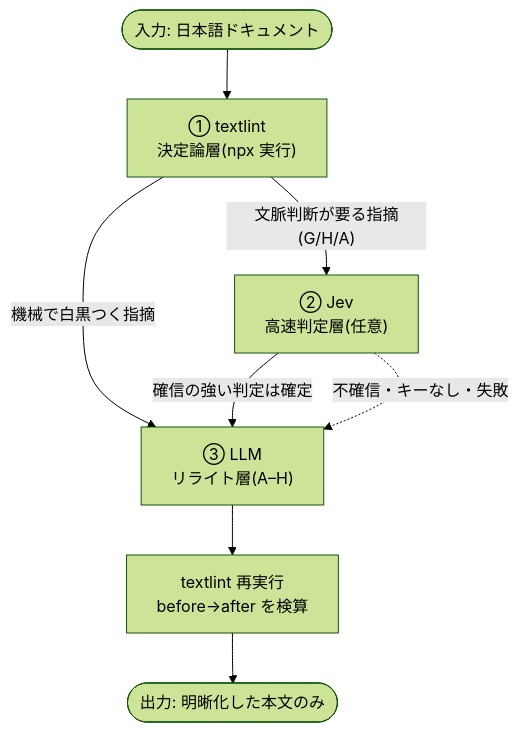
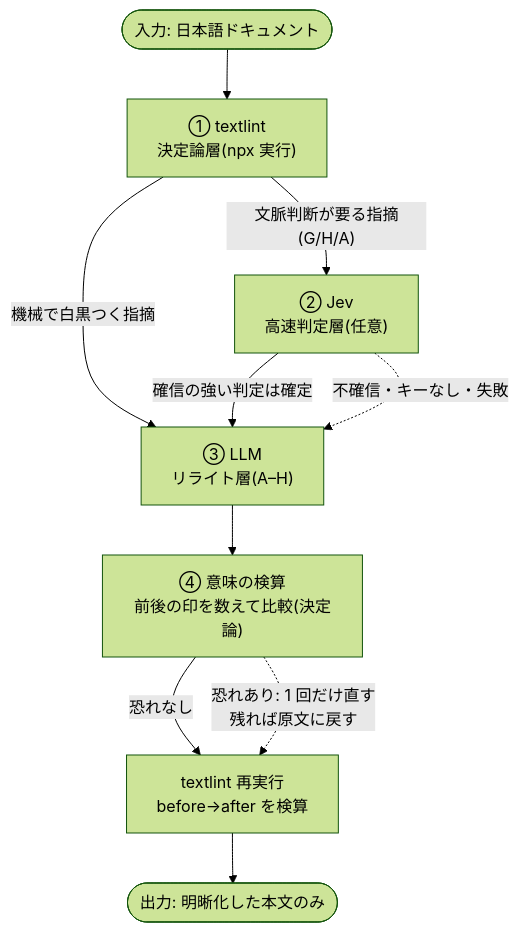
One commit to bamboo-nova/meiseki changed the diagram in README.md. Above: the diagram before and after it, drawn with Mermaid (forest theme). The commit also changed other lines of this file and 35 other files, not shown here.

````diff
--- a/README.md
+++ b/README.md
@@ -136,13 +136,15 @@
 ```mermaid
 flowchart TD
     IN([入力: 日本語ドキュメント]) --> T
     T["① textlint<br/>決定論層(npx 実行)"]
     T -->|機械で白黒つく指摘| LLM
     T -->|"文脈判断が要る指摘(G/H/A)"| JEV
     JEV["② Jev<br/>高速判定層(任意)"]
     JEV -->|確信の強い判定は確定| LLM
     JEV -.->|不確信・キーなし・失敗| LLM
     LLM["③ LLM<br/>リライト層(A–H)"]
-    LLM --> V["textlint 再実行<br/>before→after を検算"]
+    LLM --> MC["④ 意味の検算<br/>前後の印を数えて比較(決定論)"]
+    MC -->|恐れなし| V["textlint 再実行<br/>before→after を検算"]
+    MC -.->|"恐れあり: 1 回だけ直す<br/>残れば原文に戻す"| V
     V --> OUT([出力: 明晰化した本文のみ])
 ```
````
